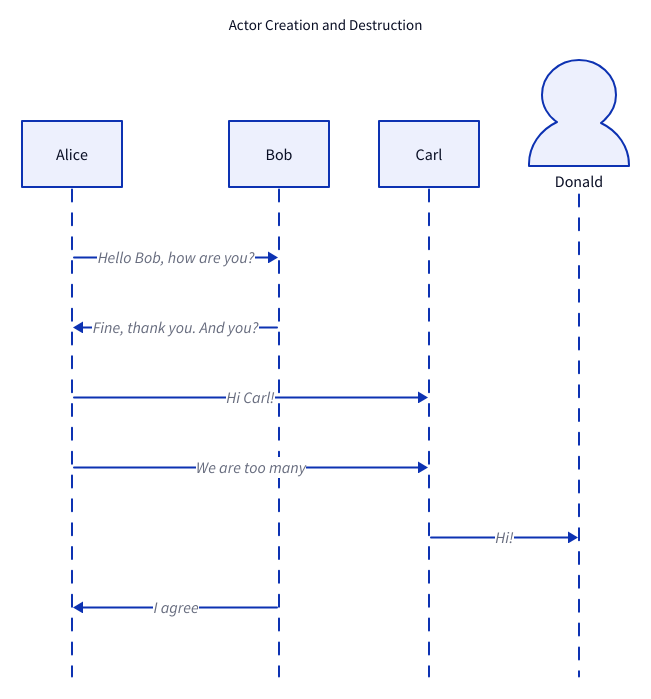
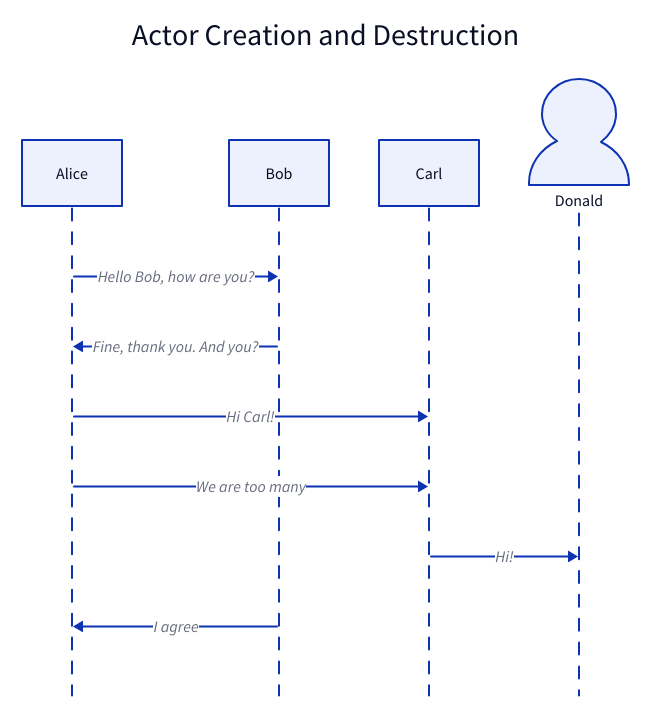
The diagram in actor-creation.d2 (TheCre8tor/declarative_diagramming), drawn with D2 before and after one commit. The commit also changed 7 other files, not shown here.

Commit message:
refatored the sequence styles

```diff
--- a/actor-creation.d2
+++ b/actor-creation.d2
@@ -1,24 +1,22 @@
 Actor Creation and Destruction: {
     # reference: https://developer.ibm.com/articles/the-sequence-diagram/
     shape: sequence_diagram
-    style: {
-        font-size: 15
-    }
+    style.font-size: 30
 
     # -- actors --
     alice: Alice
     bob: Bob 
     carl: Carl 
      
     donald: Donald
     donald: { shape: person }
 
     alice -> bob: Hello Bob, how are you?
     bob -> alice: Fine, thank you. And you?
 
     alice -> carl: Hi Carl!
     alice -> carl: We are too many
 
     carl -> donald: Hi!
     bob -> alice: I agree
 }
```
